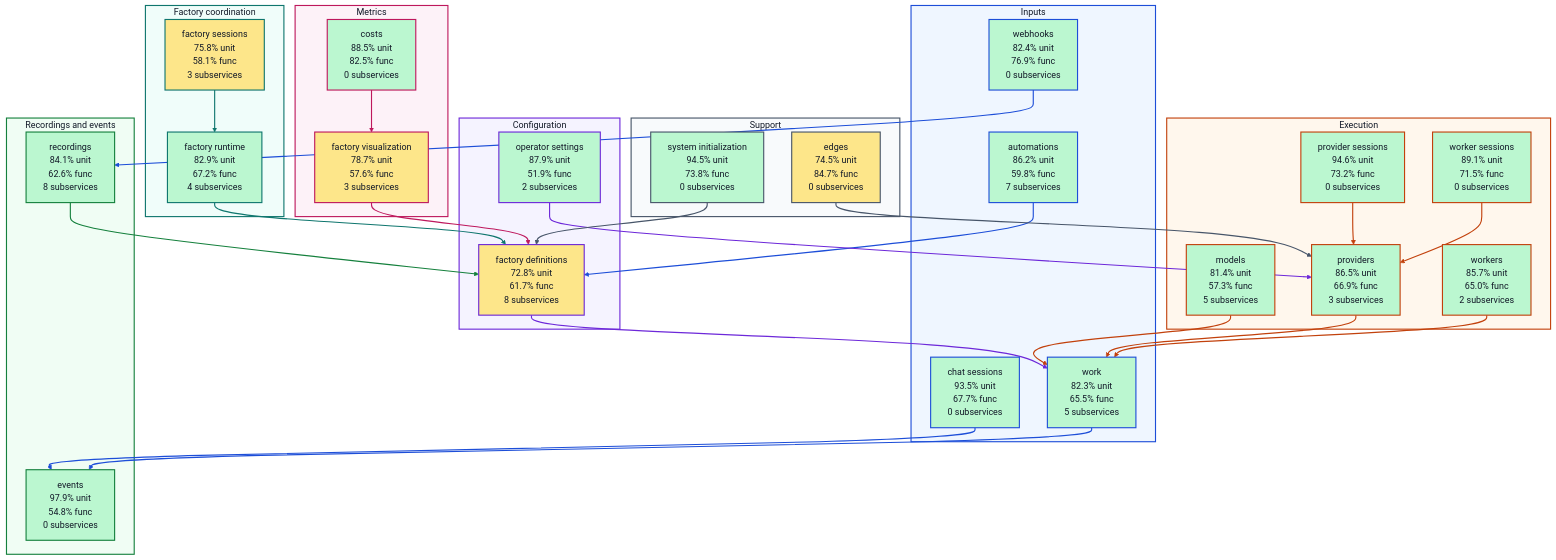
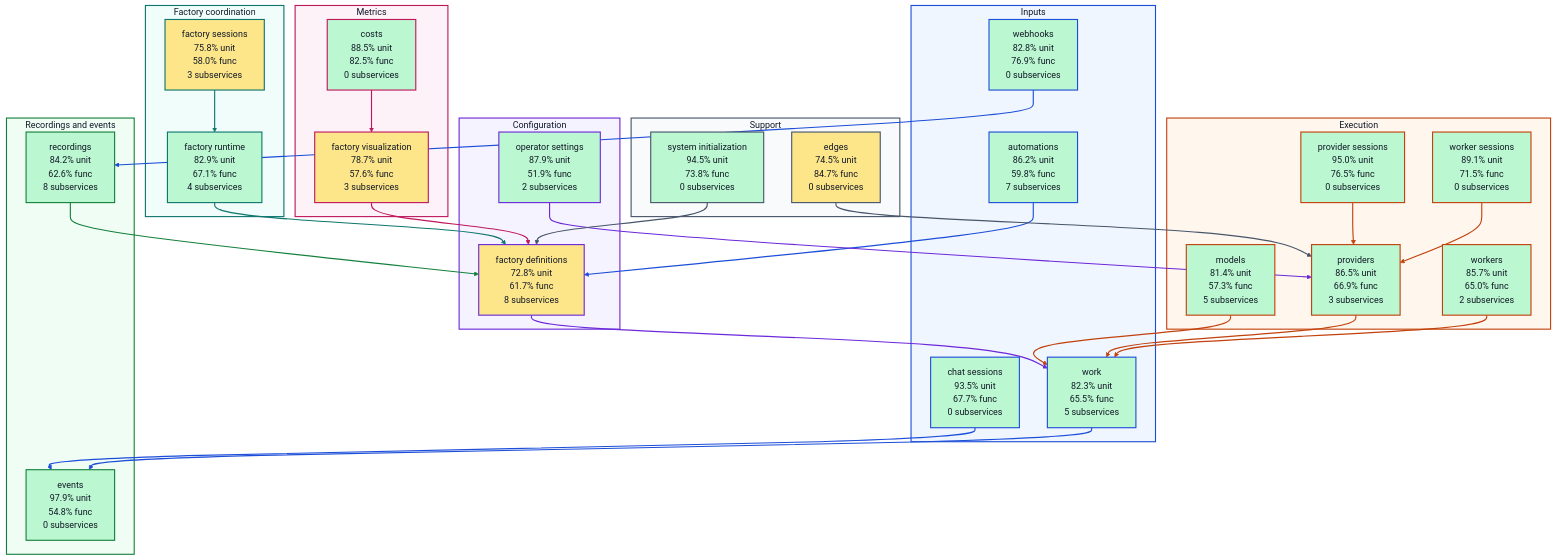
The diagram in docs/architecture/visualizations/high-level-test-coverage.md (portpowered/you-agent-factory), drawn with Mermaid before and after one commit. The commit also changed other lines of this file and 20 other files, not shown here.

Commit message:
docs: refresh backend architecture visualizations

```diff
--- a/docs/architecture/visualizations/high-level-test-coverage.md
+++ b/docs/architecture/visualizations/high-level-test-coverage.md
@@ -13,7 +13,7 @@
   subgraph input["Inputs"]
     s_services_automations["automations<br/>86.2% unit<br/>59.8% func<br/>7 subservices"]
     s_services_chat_sessions["chat sessions<br/>93.5% unit<br/>67.7% func<br/>0 subservices"]
-    s_services_webhooks["webhooks<br/>82.4% unit<br/>76.9% func<br/>0 subservices"]
+    s_services_webhooks["webhooks<br/>82.8% unit<br/>76.9% func<br/>0 subservices"]
     s_services_work["work<br/>82.3% unit<br/>65.5% func<br/>5 subservices"]
   end
   subgraph configuration["Configuration"]
@@ -21,19 +21,19 @@
     s_services_operator_settings["operator settings<br/>87.9% unit<br/>51.9% func<br/>2 subservices"]
   end
   subgraph coordination["Factory coordination"]
-    s_services_factory_runtime["factory runtime<br/>82.9% unit<br/>67.2% func<br/>4 subservices"]
-    s_services_factory_sessions["factory sessions<br/>75.8% unit<br/>58.1% func<br/>3 subservices"]
+    s_services_factory_runtime["factory runtime<br/>82.9% unit<br/>67.1% func<br/>4 subservices"]
+    s_services_factory_sessions["factory sessions<br/>75.8% unit<br/>58.0% func<br/>3 subservices"]
   end
   subgraph execution["Execution"]
     s_services_models["models<br/>81.4% unit<br/>57.3% func<br/>5 subservices"]
-    s_services_provider_sessions["provider sessions<br/>94.6% unit<br/>73.2% func<br/>0 subservices"]
+    s_services_provider_sessions["provider sessions<br/>95.0% unit<br/>76.5% func<br/>0 subservices"]
     s_services_providers["providers<br/>86.5% unit<br/>66.9% func<br/>3 subservices"]
     s_services_worker_sessions["worker sessions<br/>89.1% unit<br/>71.5% func<br/>0 subservices"]
     s_services_workers["workers<br/>85.7% unit<br/>65.0% func<br/>2 subservices"]
   end
   subgraph recordings["Recordings and events"]
     s_services_events["events<br/>97.9% unit<br/>54.8% func<br/>0 subservices"]
-    s_services_recordings["recordings<br/>84.1% unit<br/>62.6% func<br/>8 subservices"]
+    s_services_recordings["recordings<br/>84.2% unit<br/>62.6% func<br/>8 subservices"]
   end
   subgraph metrics["Metrics"]
     s_services_costs["costs<br/>88.5% unit<br/>82.5% func<br/>0 subservices"]
```
